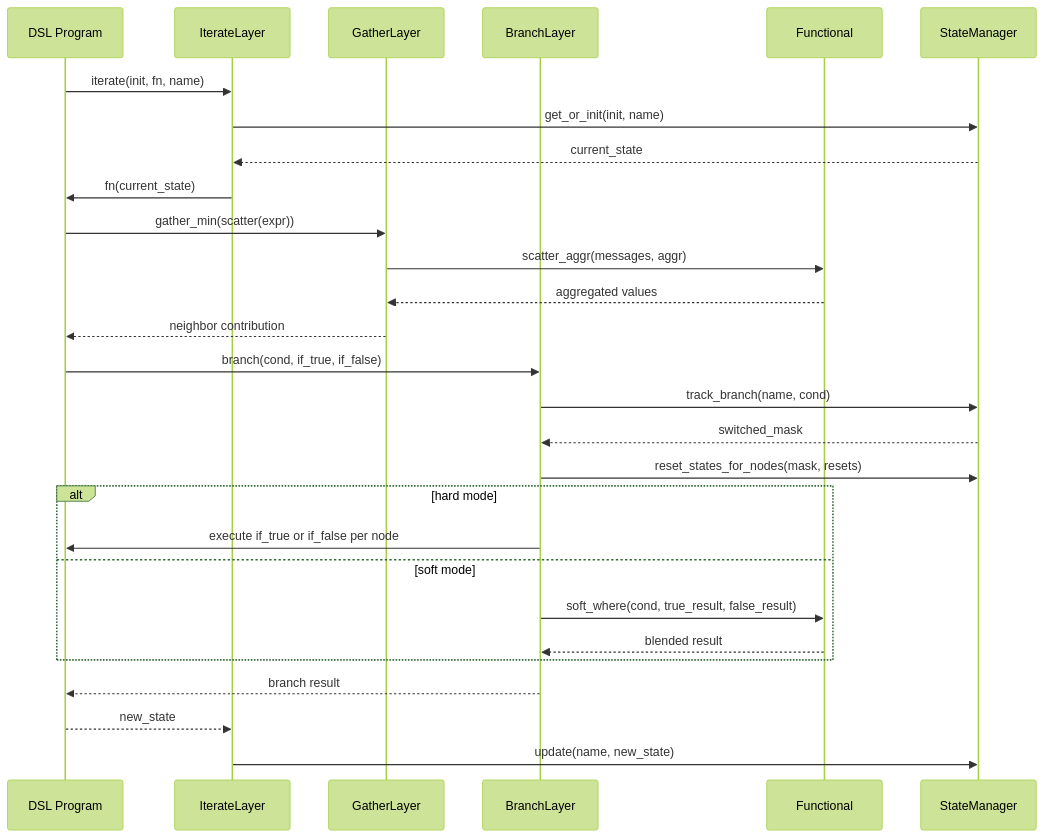
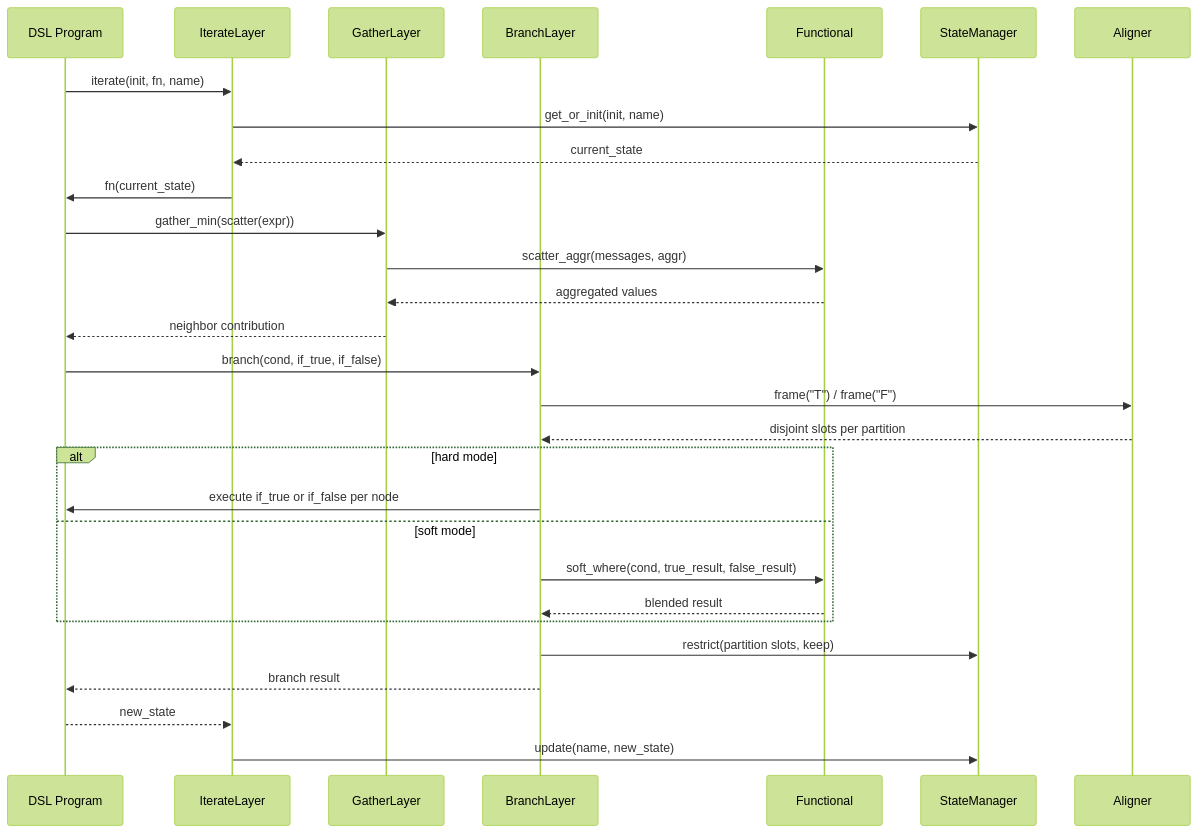
The eighth of 15 diagrams in docs/architecture.md (cric96/DifField), drawn with Mermaid (forest theme) before and after one commit. The commit also changed other lines of this file and 141 other files, not shown here.

````diff
--- a/docs/architecture.md
+++ b/docs/architecture.md
@@ -420,36 +488,37 @@
 ```mermaid
 sequenceDiagram
     participant DSL as DSL Program
     participant Iterate as IterateLayer
     participant Gather as GatherLayer
     participant Branch as BranchLayer
     participant Func as Functional
     participant State as StateManager
+    participant Align as Aligner
 
     DSL->>Iterate: iterate(init, fn, name)
     Iterate->>State: get_or_init(init, name)
     State-->>Iterate: current_state
 
     Iterate->>DSL: fn(current_state)
 
     DSL->>Gather: gather_min(scatter(expr))
     Gather->>Func: scatter_aggr(messages, aggr)
     Func-->>Gather: aggregated values
     Gather-->>DSL: neighbor contribution
 
     DSL->>Branch: branch(cond, if_true, if_false)
-    Branch->>State: track_branch(name, cond)
-    State-->>Branch: switched_mask
-    Branch->>State: reset_states_for_nodes(mask, resets)
+    Branch->>Align: frame("T") / frame("F")
+    Align-->>Branch: disjoint slots per partition
 
     alt hard mode
         Branch->>DSL: execute if_true or if_false per node
     else soft mode
         Branch->>Func: soft_where(cond, true_result, false_result)
         Func-->>Branch: blended result
     end
 
+    Branch->>State: restrict(partition slots, keep)
     Branch-->>DSL: branch result
     DSL-->>Iterate: new_state
     Iterate->>State: update(name, new_state)
 ```
````
